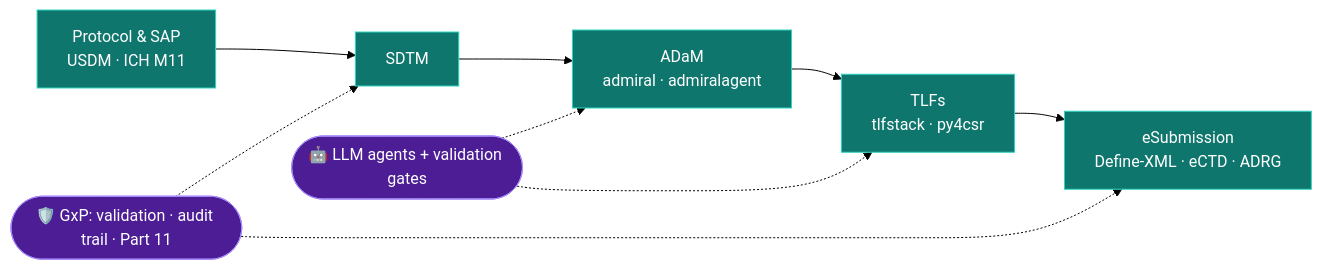
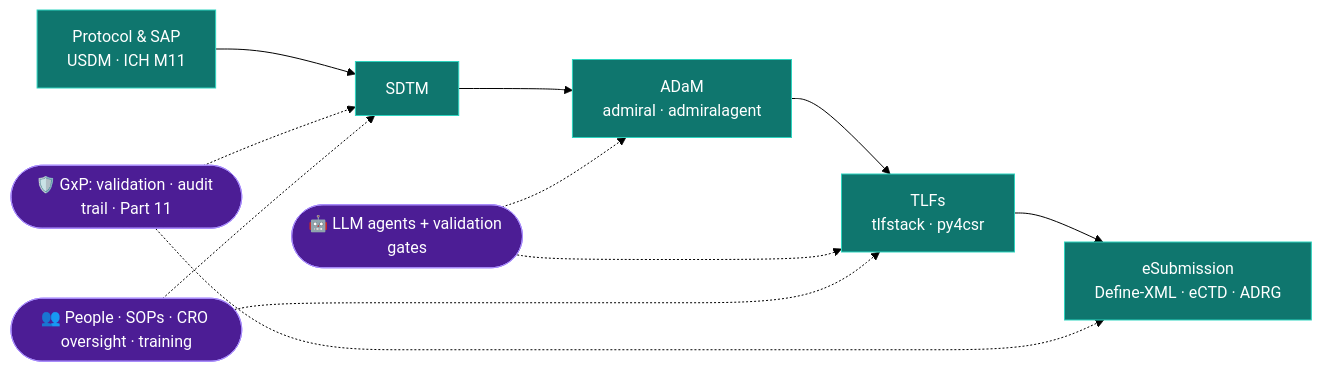
One commit to yanmingyu92/yanmingyu92 changed the diagram in README.md. Above: the diagram before and after it, drawn with Mermaid (forest theme). The commit also changed other lines of this file and 6 other files, not shown here.

````diff
--- a/README.md
+++ b/README.md
@@ -39,15 +39,17 @@
 ```mermaid
 flowchart LR
     P["Protocol & SAP<br/>USDM · ICH M11"] --> S["SDTM"]
     S --> A["ADaM<br/>admiral · admiralagent"]
     A --> T["TLFs<br/>tlfstack · py4csr"]
     T --> E["eSubmission<br/>Define-XML · eCTD · ADRG"]
     AI(["🤖 LLM agents + validation gates"]) -.-> A
     AI -.-> T
     G(["🛡️ GxP: validation · audit trail · Part 11"]) -.-> S
     G -.-> E
+    L(["👥 People · SOPs · CRO oversight · training"]) -.-> S
+    L -.-> T
     classDef core fill:#0f766e,stroke:#2dd4bf,color:#ffffff
     classDef layer fill:#4c1d95,stroke:#a78bfa,color:#ffffff
     class P,S,A,T,E core
-    class AI,G layer
+    class AI,G,L layer
 ```
````
